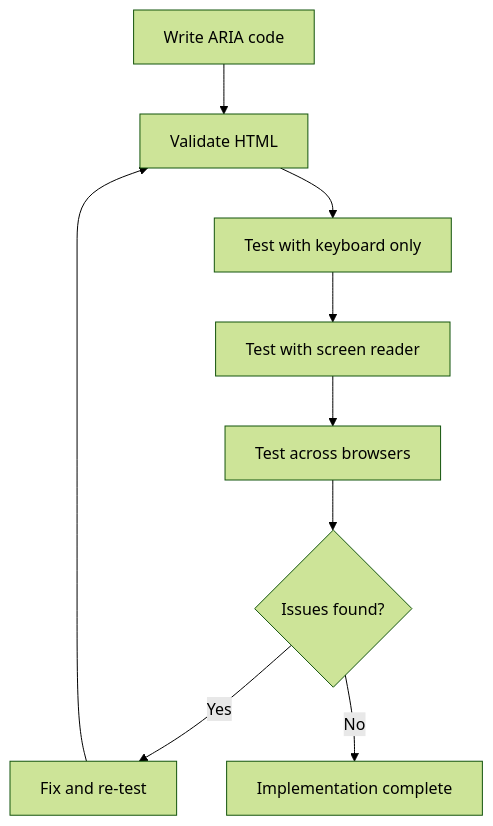
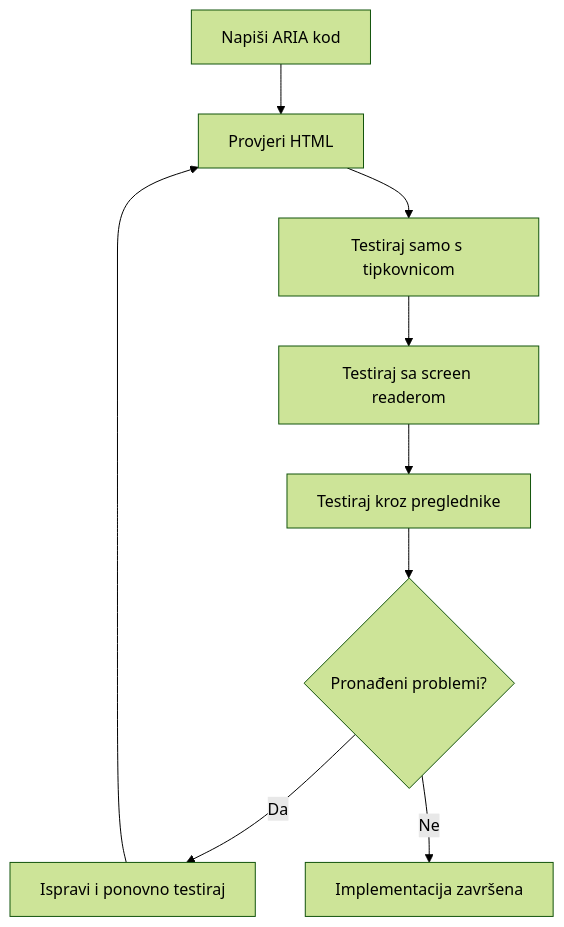
The tenth of 13 diagrams in translations/hr/1-getting-started-lessons/3-accessibility/README.md (microsoft/Web-Dev-For-Beginners), drawn with Mermaid (forest theme) before and after one commit. The commit also changed other lines of this file and 41 other files, not shown here.

````diff
--- a/translations/hr/1-getting-started-lessons/3-accessibility/README.md
+++ b/translations/hr/1-getting-started-lessons/3-accessibility/README.md
@@ -802,11 +999,11 @@
 ```mermaid
 graph TD
-    A[Write ARIA code] --> B[Validate HTML]
-    B --> C[Test with keyboard only]
-    C --> D[Test with screen reader]
-    D --> E[Test across browsers]
-    E --> F{Issues found?}
-    F -->|Yes| G[Fix and re-test]
-    F -->|No| H[Implementation complete]
+    A[Napiši ARIA kod] --> B[Provjeri HTML]
+    B --> C[Testiraj samo s tipkovnicom]
+    C --> D[Testiraj sa screen readerom]
+    D --> E[Testiraj kroz preglednike]
+    E --> F{Pronađeni problemi?}
+    F -->|Da| G[Ispravi i ponovno testiraj]
+    F -->|Ne| H[Implementacija završena]
     G --> B
-```
+```  
````
